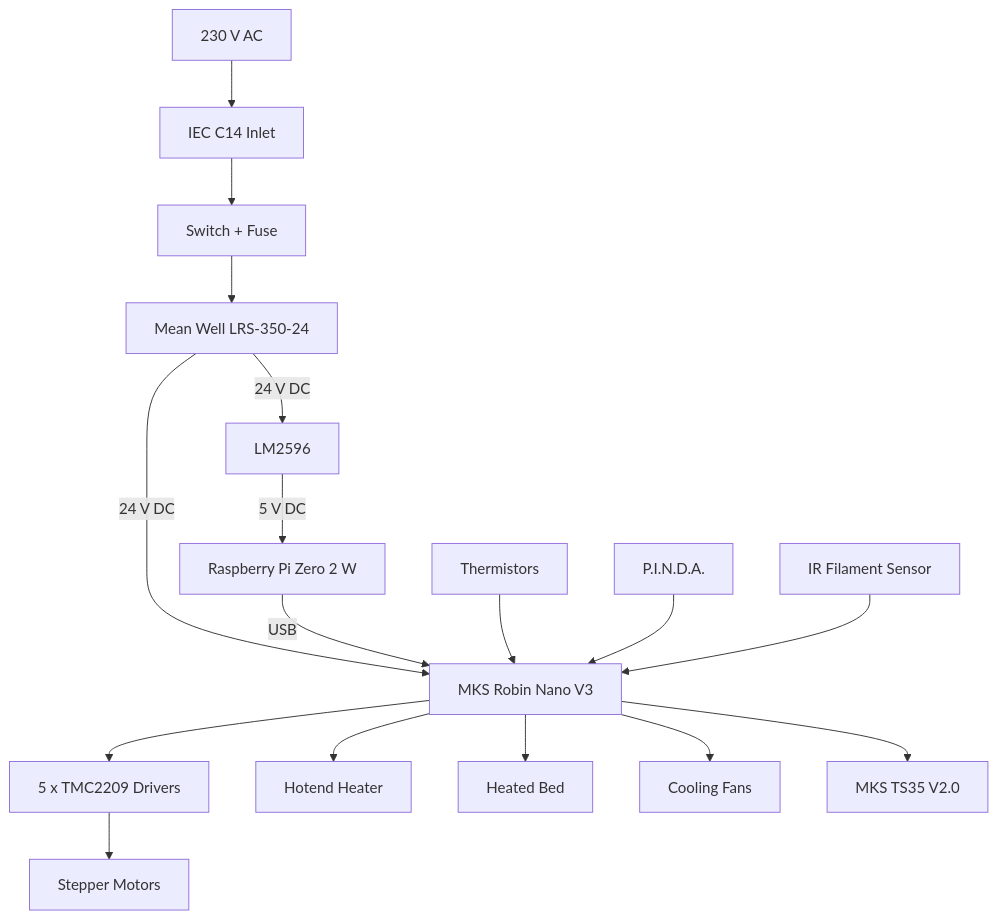
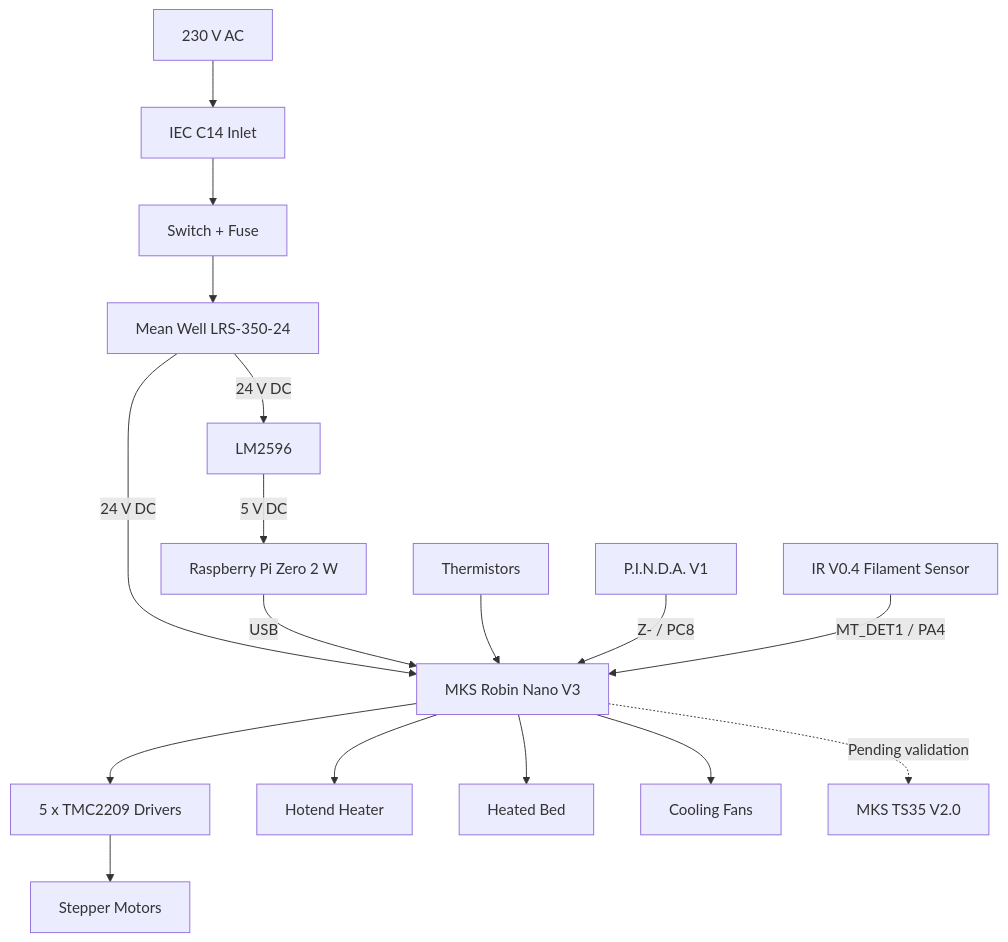
One commit to EdgarMata/MY-Machines-Docs changed the first of 2 diagrams in docs/3d-printers/my-cloner/wiring/system-overview.md. Above: the diagram before and after it, drawn with Mermaid. The commit also changed other lines of this file and 68 other files, not shown here.

````diff
--- a/docs/3d-printers/my-cloner/wiring/system-overview.md
+++ b/docs/3d-printers/my-cloner/wiring/system-overview.md
@@ -15,24 +17,24 @@
 ```mermaid
 graph TD
     A[230 V AC] --> B[IEC C14 Inlet]
     B --> C[Switch + Fuse]
     C --> D[Mean Well LRS-350-24]
 
     D -->|24 V DC| E[MKS Robin Nano V3]
     D -->|24 V DC| F[LM2596]
     F -->|5 V DC| G[Raspberry Pi Zero 2 W]
 
     G -->|USB| E
 
     E --> H[5 x TMC2209 Drivers]
     H --> I[Stepper Motors]
 
     E --> J[Hotend Heater]
     E --> K[Heated Bed]
     E --> L[Cooling Fans]
 
     M[Thermistors] --> E
-    N[P.I.N.D.A.] --> E
-    O[IR Filament Sensor] --> E
-    E --> P[MKS TS35 V2.0]
+    N[P.I.N.D.A. V1] -->|Z- / PC8| E
+    O[IR V0.4 Filament Sensor] -->|MT_DET1 / PA4| E
+    E -.->|Pending validation| P[MKS TS35 V2.0]
 ```
````
